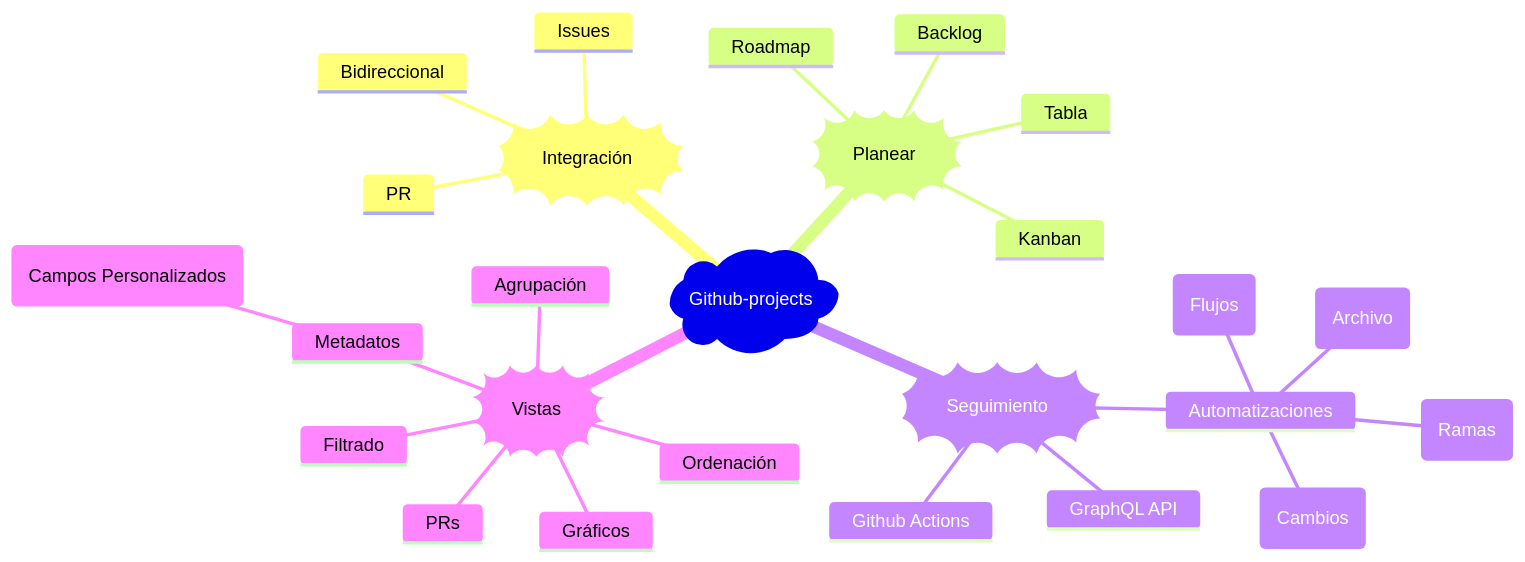
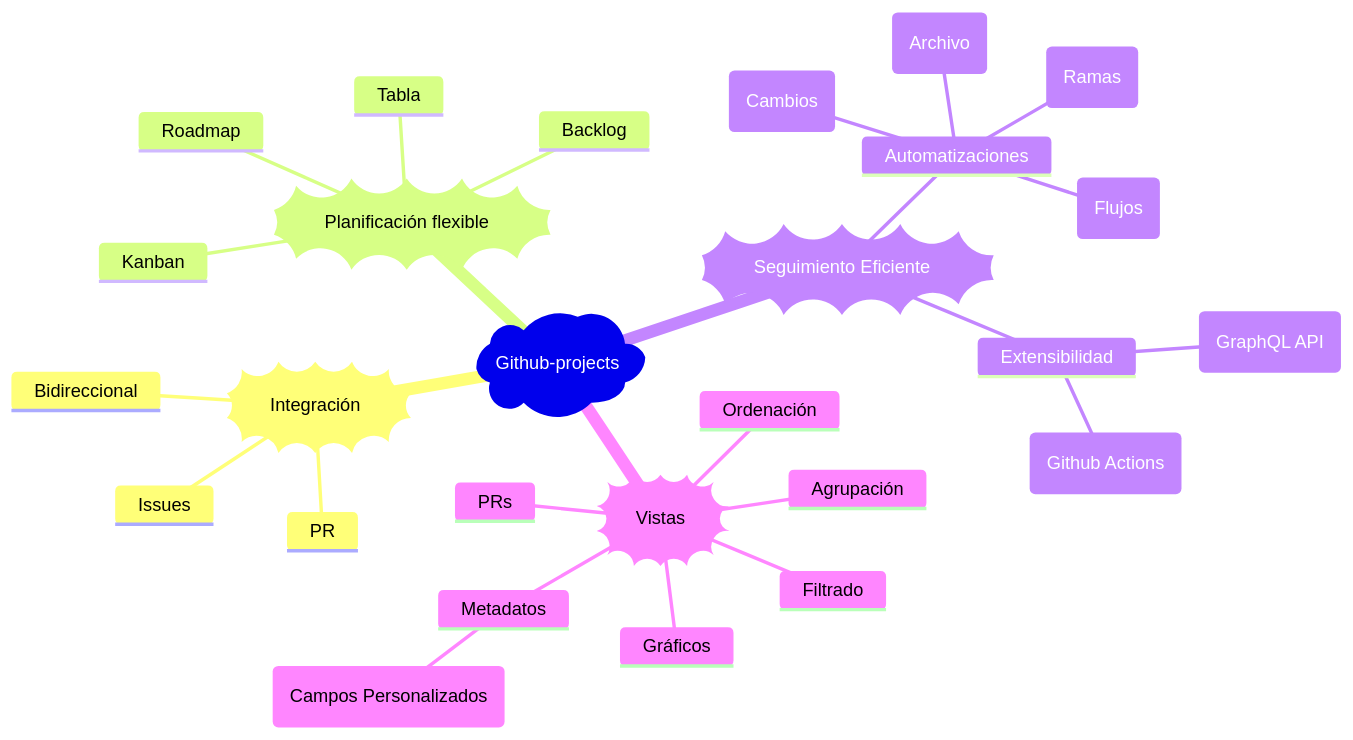
One commit to EdgarRangelInnovate/EdgarRangelInnovate changed the diagram in skills/hard/software/github/projects.md. Above: the diagram before and after it, drawn with Mermaid. The commit also changed other lines of this file, not shown here.

````diff
--- a/skills/hard/software/github/projects.md
+++ b/skills/hard/software/github/projects.md
@@ -5,30 +5,31 @@
 ```mermaid
 mindmap
     root (Github-projects))
         ))Integración(
             Issues
             PR
             Bidireccional
-        ))Planear(
+        ))Planificación flexible(
             Backlog
             Tabla
             Kanban
             Roadmap
-        ))Seguimiento(
+        ))Seguimiento Eficiente(
             Automatizaciones
                 (Flujos)
                 (Cambios)
                 (Archivo)
                 (Ramas)
-            GraphQL API
-            Github Actions
+            Extensibilidad
+                (GraphQL API)
+                (Github Actions)
         ))Vistas(
             Filtrado
             Ordenación
             Agrupación
             PRs
             Gráficos
             Metadatos
                 (Campos Personalizados)
 
 ```
````
